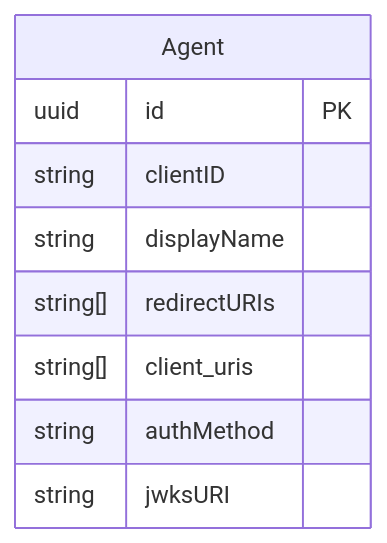
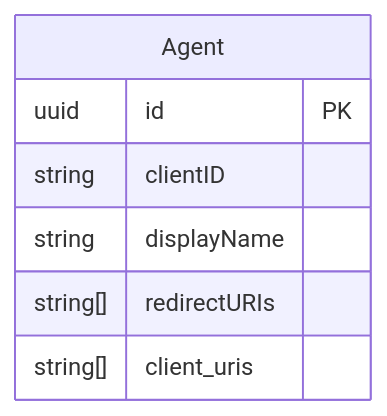
Before and after one commit to axsaucedo/agentic-identity-broker: the third of 3 diagrams in specs/028-cimd-support/spec.md, drawn with Mermaid. The commit also changed other lines of this file and 22 other files, not shown here.

First line of the commit message:
refactor(cimd): remove agent snapshot fields for auth_method, jwks_uri, and cimd_*

````diff
--- a/specs/028-cimd-support/spec.md
+++ b/specs/028-cimd-support/spec.md
@@ -228,12 +226,10 @@
 ```mermaid
 erDiagram
     Agent {
         uuid id PK
         string clientID
         string displayName
         string[] redirectURIs
         string[] client_uris
-        string authMethod
-        string jwksURI
     }
 ```
````
